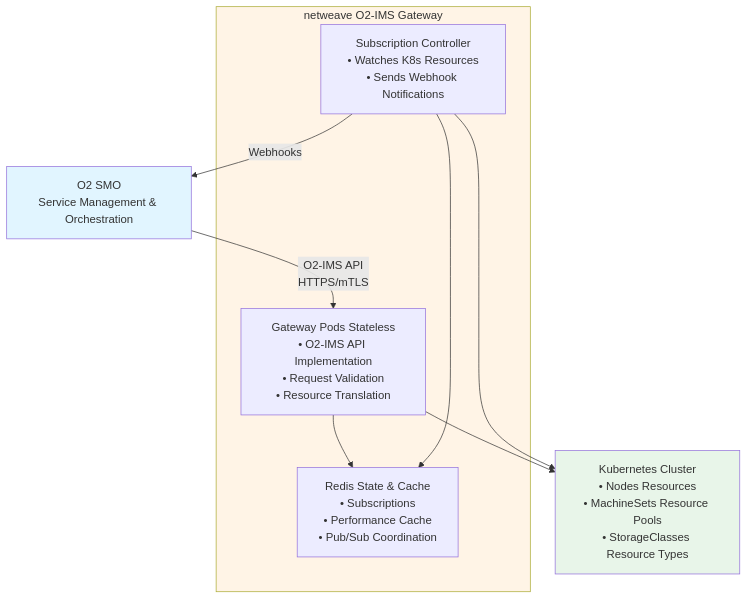
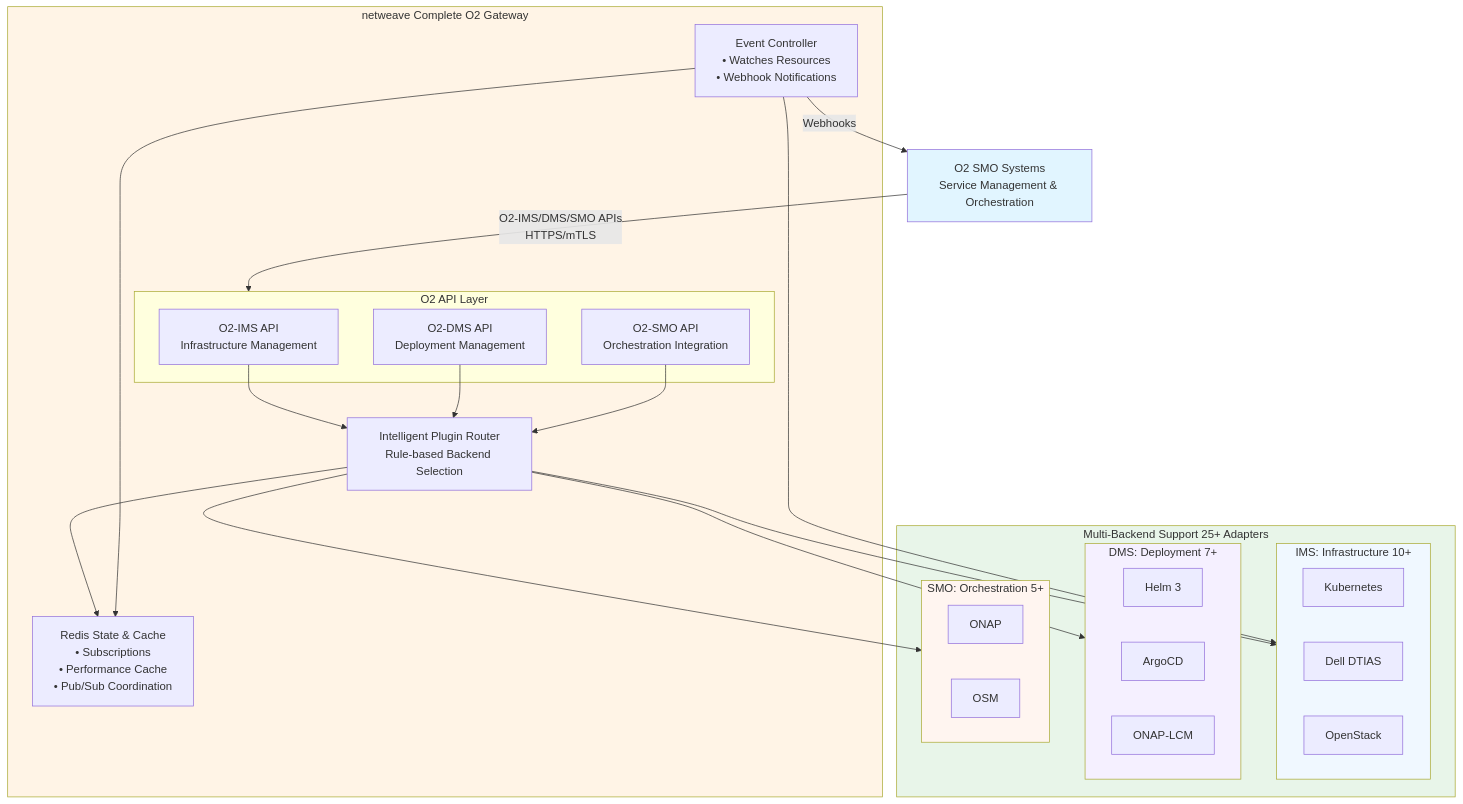
The diagram in README.md (piwi3910/netweave), drawn with Mermaid before and after one commit. The commit also changed other lines of this file, not shown here.

Commit message:
docs: update README to reflect complete O2-IMS/DMS/SMO gateway capabilities
- Updated subtitle to emphasize complete O-RAN O2 stack (IMS + DMS + SMO)
- Enhanced description to highlight deployment orchestration and SMO integration
- Replaced architecture diagram with comprehensive multi-layer visualization
  showing O2-IMS, O2-DMS, and O2-SMO APIs with 25+ backend adapters
- Added visual representation of intelligent plugin router
- Included all backend categories: Infrastructure (10+), Deployment (7+), Orchestration (5+)

This better represents the current state of netweave as a complete
O-RAN O2 gateway supporting the full spectrum of infrastructure management,
deployment lifecycle, and orchestration integration.

🤖 Generated with [Claude Code](https://claude.com/claude-code)

````diff
--- a/README.md
+++ b/README.md
@@ -43,23 +43,56 @@
 ```mermaid
 graph TB
-    SMO[O2 SMO<br/>Service Management & Orchestration]
+    SMO[O2 SMO Systems<br/>Service Management & Orchestration]
 
-    subgraph Gateway [netweave O2-IMS Gateway]
-        GW[Gateway Pods Stateless<br/>• O2-IMS API Implementation<br/>• Request Validation<br/>• Resource Translation]
+    subgraph Gateway [netweave Complete O2 Gateway]
+        subgraph APIs [O2 API Layer]
+            IMS[O2-IMS API<br/>Infrastructure Management]
+            DMS[O2-DMS API<br/>Deployment Management]
+            SMO_API[O2-SMO API<br/>Orchestration Integration]
+        end
+
+        Router[Intelligent Plugin Router<br/>Rule-based Backend Selection]
         Redis[Redis State & Cache<br/>• Subscriptions<br/>• Performance Cache<br/>• Pub/Sub Coordination]
-        CTRL[Subscription Controller<br/>• Watches K8s Resources<br/>• Sends Webhook Notifications]
+        CTRL[Event Controller<br/>• Watches Resources<br/>• Webhook Notifications]
     end
 
-    K8s[Kubernetes Cluster<br/>• Nodes Resources<br/>• MachineSets Resource Pools<br/>• StorageClasses Resource Types]
+    subgraph Backends [Multi-Backend Support 25+ Adapters]
+        subgraph IMS_Backends [IMS: Infrastructure 10+]
+            K8s[Kubernetes]
+            DTIAS[Dell DTIAS]
+            OS[OpenStack]
+        end
 
-    SMO -->|O2-IMS API<br/>HTTPS/mTLS| GW
-    GW --> Redis
-    GW --> K8s
+        subgraph DMS_Backends [DMS: Deployment 7+]
+            Helm[Helm 3]
+            Argo[ArgoCD]
+            ONAP_LCM[ONAP-LCM]
+        end
+
+        subgraph SMO_Backends [SMO: Orchestration 5+]
+            ONAP[ONAP]
+            OSM[OSM]
+        end
+    end
+
+    SMO -->|O2-IMS/DMS/SMO APIs<br/>HTTPS/mTLS| APIs
+    IMS --> Router
+    DMS --> Router
+    SMO_API --> Router
+
+    Router --> Redis
+    Router --> IMS_Backends
+    Router --> DMS_Backends
+    Router --> SMO_Backends
+
     CTRL --> Redis
-    CTRL --> K8s
+    CTRL --> IMS_Backends
     CTRL -->|Webhooks| SMO
 
     style SMO fill:#e1f5ff
     style Gateway fill:#fff4e6
-    style K8s fill:#e8f5e9
+    style Backends fill:#e8f5e9
+    style IMS_Backends fill:#f0f8ff
+    style DMS_Backends fill:#f5f0ff
+    style SMO_Backends fill:#fff5f0
 ```
````
